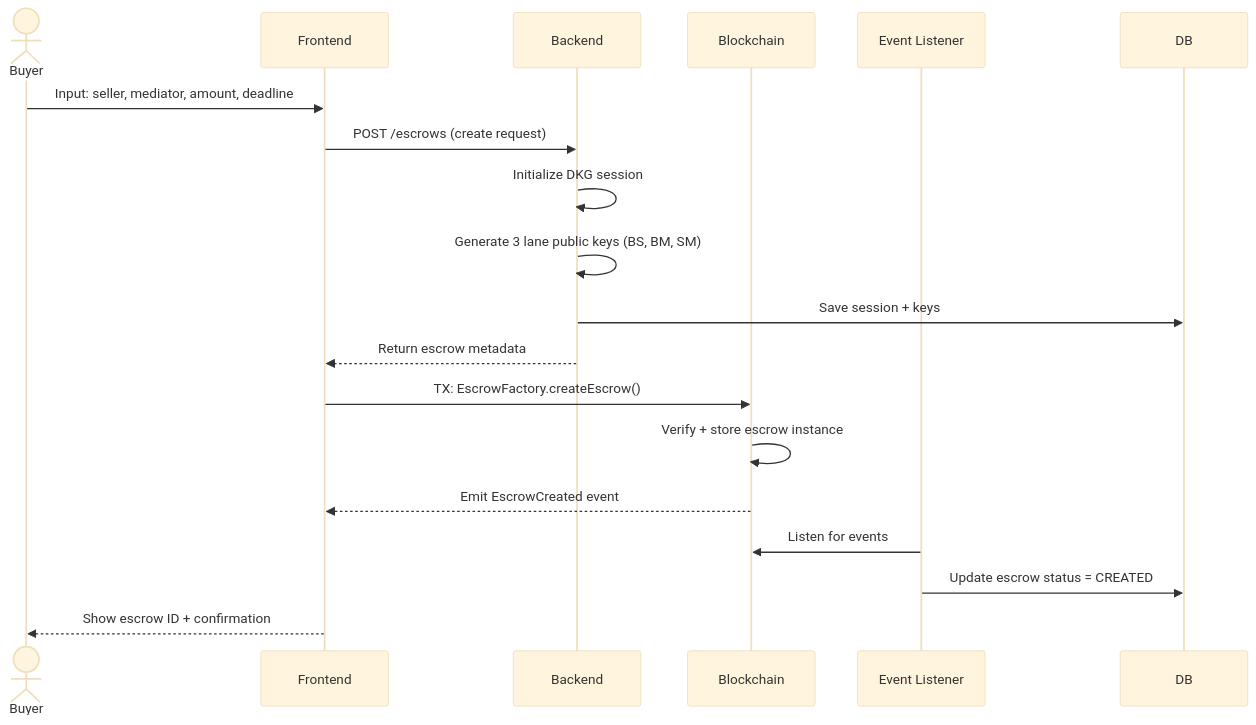
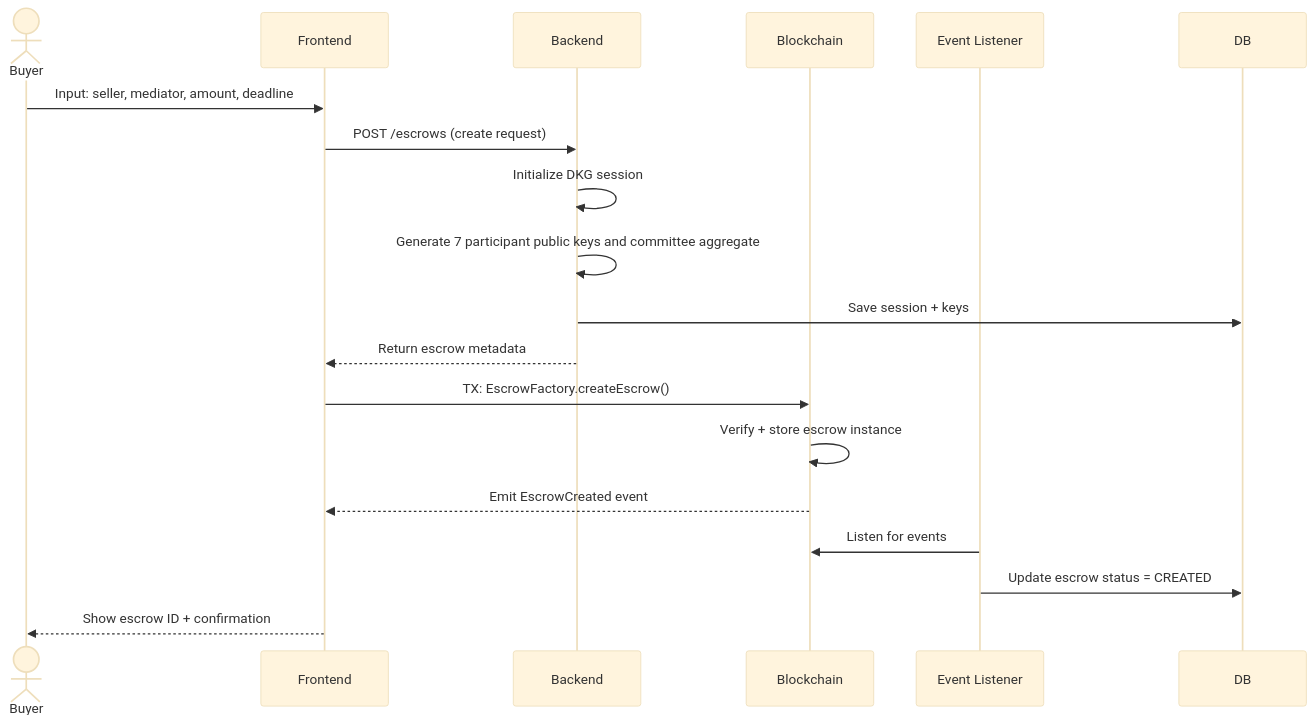
Before and after one commit to qnm1903/KLTN: the second of 8 diagrams in docs/use-cases-and-user-stories.md, drawn with Mermaid (base theme). The commit also changed other lines of this file and 19 other files, not shown here.

Commit message:
feat(backend): migrate mediator model from single relation to EscrowMediator committee

````diff
--- a/docs/use-cases-and-user-stories.md
+++ b/docs/use-cases-and-user-stories.md
@@ -51,22 +51,22 @@
 ```mermaid
 sequenceDiagram
     actor Buyer
     participant Frontend
     participant Backend
     participant Blockchain
     participant EventListener as Event Listener
     participant DB
 
     Buyer->>Frontend: Input: seller, mediator, amount, deadline
     Frontend->>Backend: POST /escrows (create request)
     Backend->>Backend: Initialize DKG session
-    Backend->>Backend: Generate 3 lane public keys (BS, BM, SM)
+    Backend->>Backend: Generate 7 participant public keys and committee aggregate
     Backend->>DB: Save session + keys
     Backend-->>Frontend: Return escrow metadata
     Frontend->>Blockchain: TX: EscrowFactory.createEscrow()
     Blockchain->>Blockchain: Verify + store escrow instance
     Blockchain-->>Frontend: Emit EscrowCreated event
     EventListener->>Blockchain: Listen for events
     EventListener->>DB: Update escrow status = CREATED
     Frontend-->>Buyer: Show escrow ID + confirmation
 ```
````
